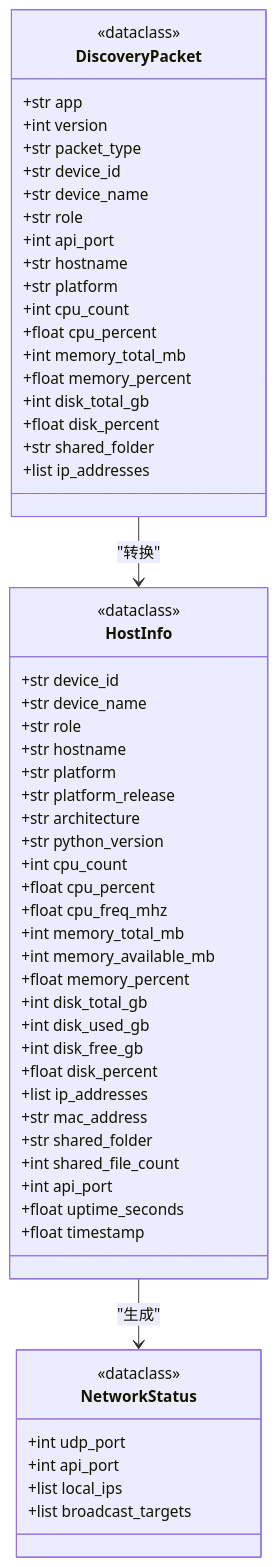
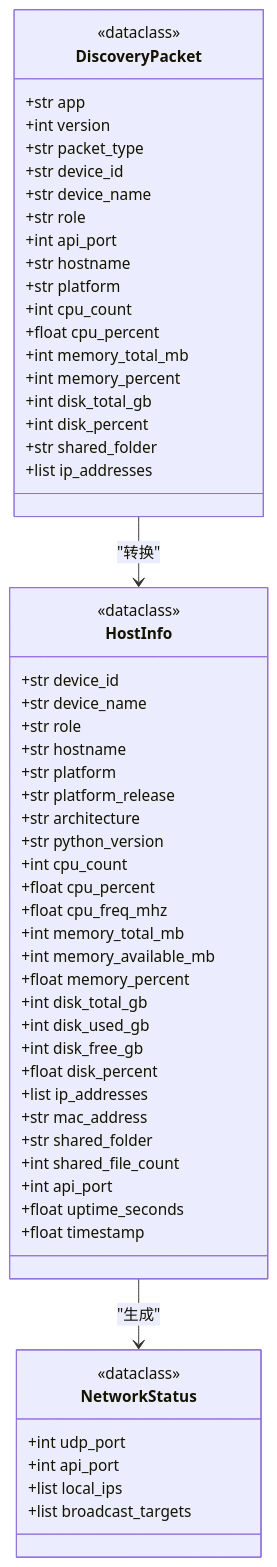
One commit to targalian/Personal-distributed-workstation changed the fifth of 18 diagrams in .qoder/repowiki/zh/content/核心模块/设备发现系统.md. Above: the diagram before and after it, drawn with Mermaid. The commit also changed other lines of this file and 69 other files, not shown here.

````diff
--- a/.qoder/repowiki/zh/content/核心模块/设备发现系统.md
+++ b/.qoder/repowiki/zh/content/核心模块/设备发现系统.md
@@ -298,60 +303,60 @@
 ```mermaid
 classDiagram
 class DiscoveryPacket {
 <<dataclass>>
 +str app
 +int version
 +str packet_type
 +str device_id
 +str device_name
 +str role
 +int api_port
 +str hostname
 +str platform
 +int cpu_count
 +float cpu_percent
 +int memory_total_mb
-+float memory_percent
++int memory_percent
 +int disk_total_gb
-+float disk_percent
++int disk_percent
 +str shared_folder
 +list ip_addresses
 }
 class HostInfo {
 <<dataclass>>
 +str device_id
 +str device_name
 +str role
 +str hostname
 +str platform
 +str platform_release
 +str architecture
 +str python_version
 +int cpu_count
 +float cpu_percent
 +float cpu_freq_mhz
 +int memory_total_mb
 +int memory_available_mb
 +float memory_percent
 +int disk_total_gb
 +int disk_used_gb
 +int disk_free_gb
 +float disk_percent
 +list ip_addresses
 +str mac_address
 +str shared_folder
 +int shared_file_count
 +int api_port
 +float uptime_seconds
 +float timestamp
 }
 class NetworkStatus {
 <<dataclass>>
 +int udp_port
 +int api_port
 +list local_ips
 +list broadcast_targets
 }
 DiscoveryPacket --> HostInfo : "转换"
 HostInfo --> NetworkStatus : "生成"
 ```
````
